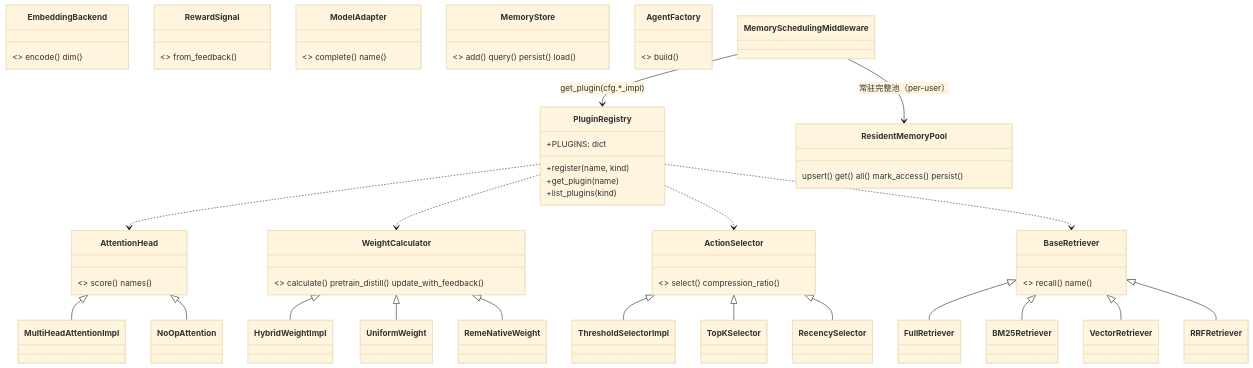
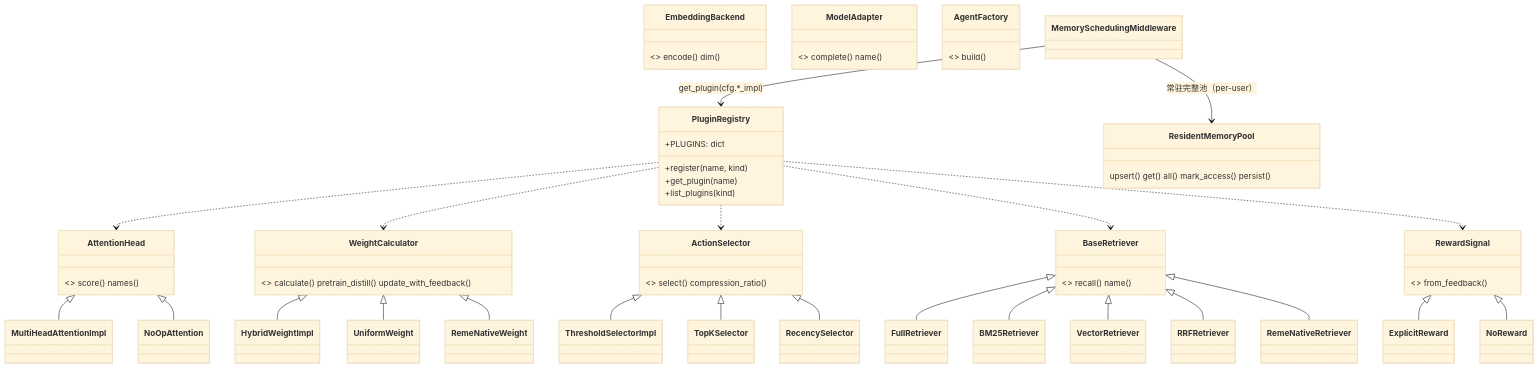
One commit to ToWaitJust/Multi-agent-Memory changed the tenth of 10 diagrams in docs/多智能体记忆共享调度系统工程实现文档.md. Above: the diagram before and after it, drawn with Mermaid (base theme). The commit also changed other lines of this file and 57 other files, not shown here.

````diff
--- a/docs/多智能体记忆共享调度系统工程实现文档.md
+++ b/docs/多智能体记忆共享调度系统工程实现文档.md
@@ -1704,40 +1596,43 @@
 ```mermaid
 classDiagram
     class AttentionHead { <<ABC>> score() names() }
     class WeightCalculator { <<ABC>> calculate() pretrain_distill() update_with_feedback() }
     class ActionSelector { <<ABC>> select() compression_ratio() }
     class EmbeddingBackend { <<ABC>> encode() dim() }
     class RewardSignal { <<ABC>> from_feedback() }
     class BaseRetriever { <<ABC>> recall() name() }
     class ModelAdapter { <<ABC>> complete() name() }
-    class MemoryStore { <<ABC>> add() query() persist() load() }
     class AgentFactory { <<ABC>> build() }
 
     AttentionHead <|-- MultiHeadAttentionImpl
     AttentionHead <|-- NoOpAttention
     WeightCalculator <|-- HybridWeightImpl
     WeightCalculator <|-- UniformWeight
     WeightCalculator <|-- RemeNativeWeight
     ActionSelector <|-- ThresholdSelectorImpl
     ActionSelector <|-- TopKSelector
     ActionSelector <|-- RecencySelector
     BaseRetriever <|-- FullRetriever
     BaseRetriever <|-- BM25Retriever
     BaseRetriever <|-- VectorRetriever
     BaseRetriever <|-- RRFRetriever
+    BaseRetriever <|-- RemeNativeRetriever
+    RewardSignal <|-- ExplicitReward
+    RewardSignal <|-- NoReward
 
     class PluginRegistry {
         +PLUGINS: dict
         +register(name, kind)
         +get_plugin(name)
         +list_plugins(kind)
     }
     PluginRegistry ..> AttentionHead
     PluginRegistry ..> WeightCalculator
     PluginRegistry ..> ActionSelector
     PluginRegistry ..> BaseRetriever
+    PluginRegistry ..> RewardSignal
 
     MemorySchedulingMiddleware --> PluginRegistry : get_plugin(cfg.*_impl)
     class ResidentMemoryPool { upsert() get() all() mark_access() persist() }
     MemorySchedulingMiddleware --> ResidentMemoryPool : 常驻完整池（per-user）
 ```
````
